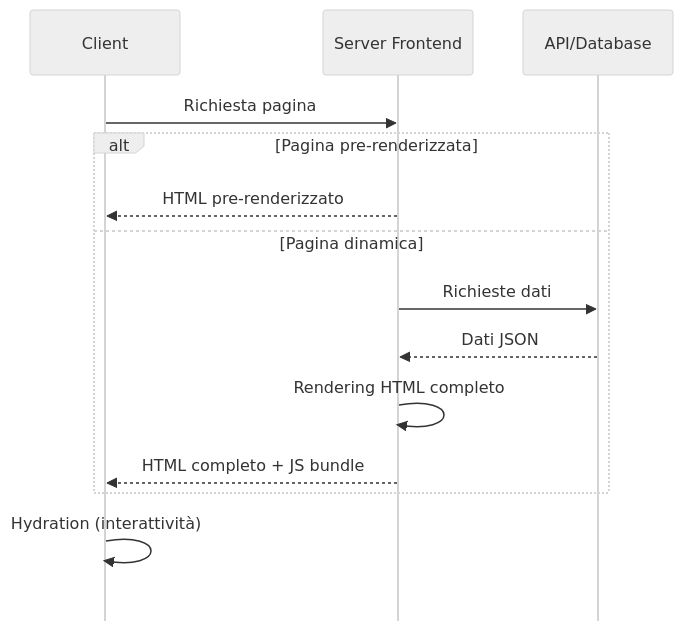
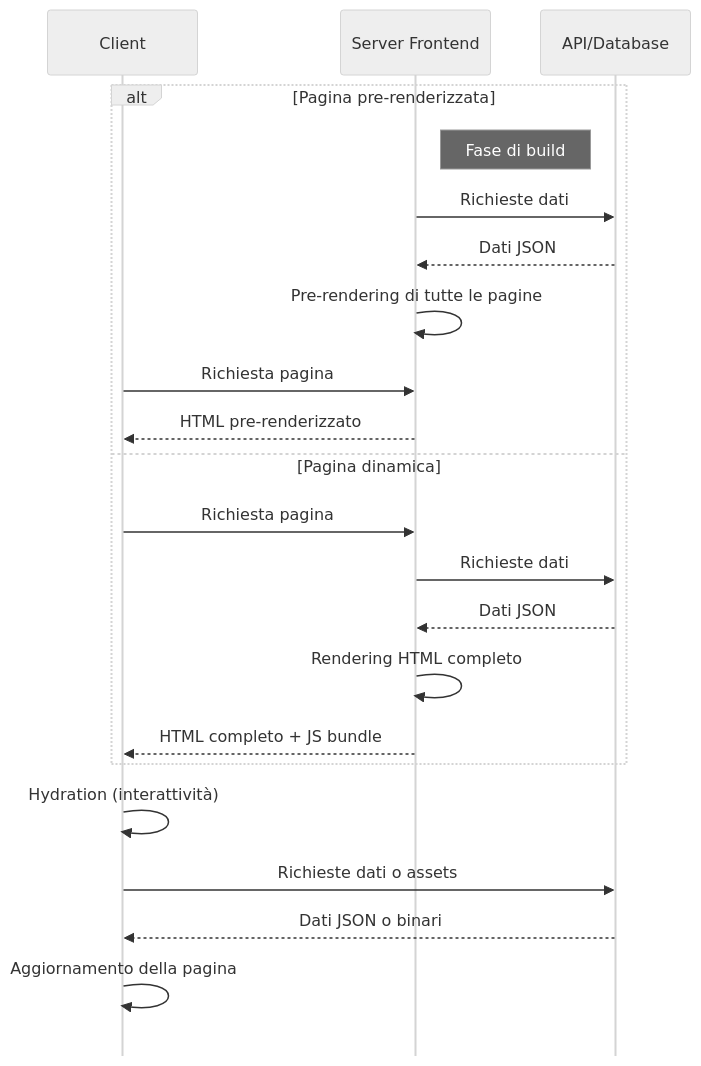
The eighth of 8 diagrams in 2-1-nuxt.md (iacobucci/tesi-triennale), drawn with Mermaid before and after one commit. The commit also changed other lines of this file and 6 other files, not shown here.

Commit message:
modified:   .vscode/settings.json 	modified:   2-1-nuxt.md 	modified:   2-2-typeorm.md 	modified:   3-soluzioni_di_design.md 	modified:   email.txt 	modified:   filters/2-mermaid.py 	modified:   notes.txt

````diff
--- a/2-1-nuxt.md
+++ b/2-1-nuxt.md
@@ -620,17 +722,26 @@
-```mermaid {height=6cm}
+```mermaid {height=12cm}
 %%{init: {'theme': 'neutral', 'mirrorActors': false} }%%
 sequenceDiagram
     participant client as Client
     participant frontend as Server Frontend
     participant backend as API/Database
-    client->>frontend: Richiesta pagina
     alt Pagina pre-renderizzata
+    Note right of frontend: Fase di build
+		frontend->>backend: Richieste dati
+		backend-->>frontend: Dati JSON
+		frontend->>frontend: Pre-rendering di tutte le pagine
+		client->>frontend: Richiesta pagina
         frontend-->>client: HTML pre-renderizzato
     else Pagina dinamica
+		client->>frontend: Richiesta pagina
         frontend->>backend: Richieste dati
         backend-->>frontend: Dati JSON
         frontend->>frontend: Rendering HTML completo
         frontend-->>client: HTML completo + JS bundle
     end
     client->>client: Hydration (interattività)
+
+    client->>backend: Richieste dati o assets
+    backend-->>client: Dati JSON o binari
+    client->>client: Aggiornamento della pagina
 ```
````
